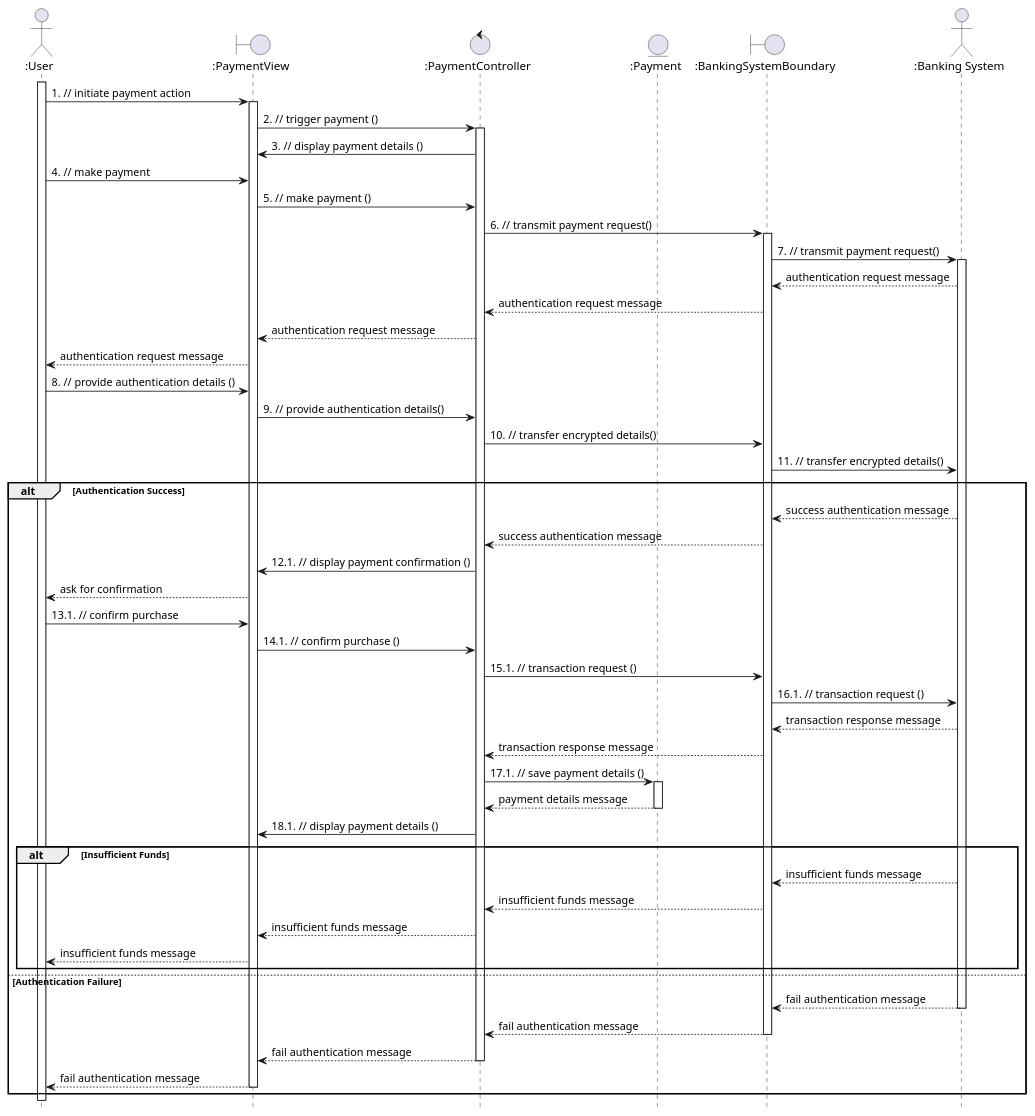
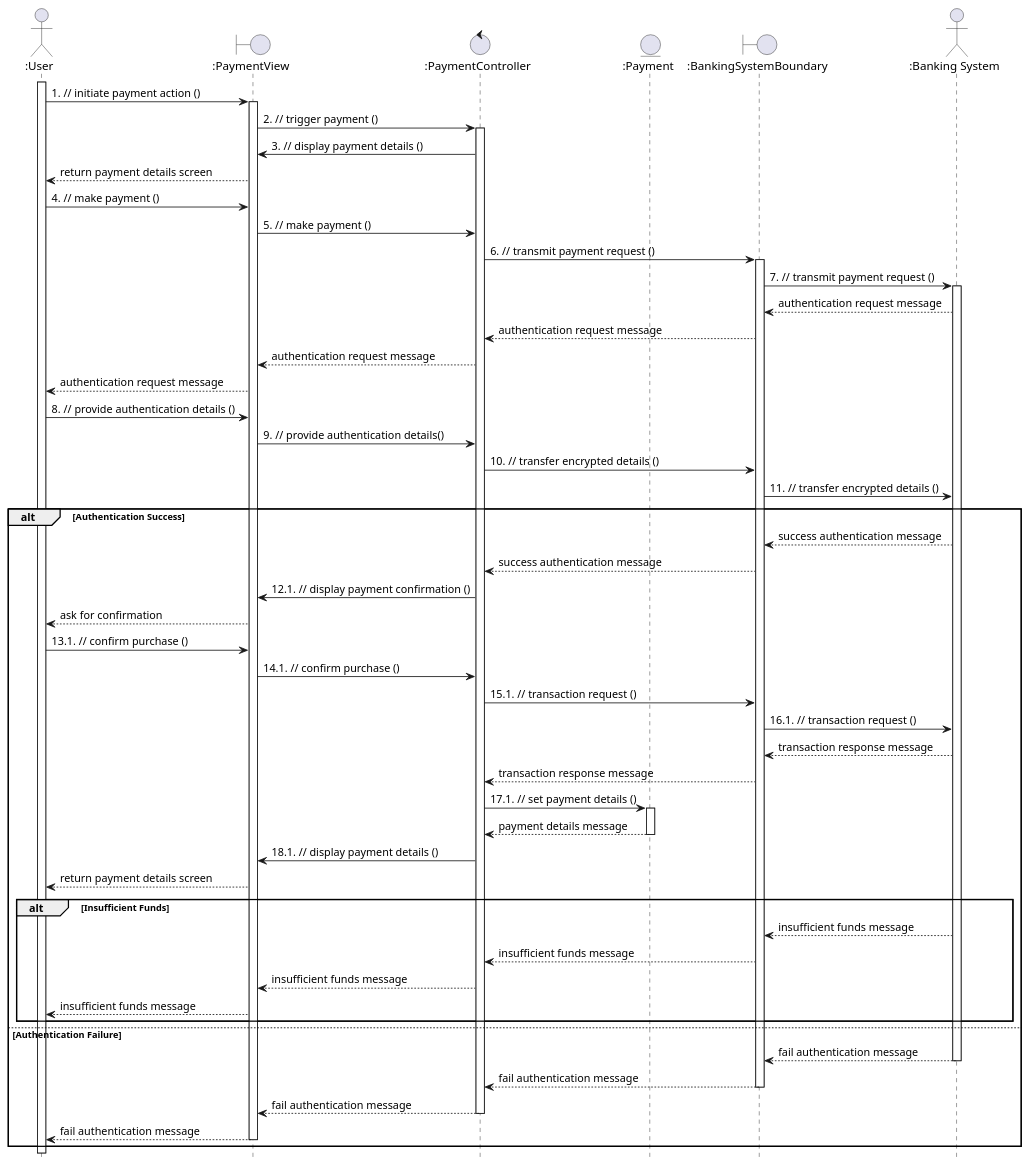
Before and after one commit to anhbanlinhle/velocity-exchange: the diagram in uml/analysis/sequence/make_payment.pu, drawn with PlantUML. The commit also changed 5 other files, not shown here.

Commit message:
doc[lynn]: fix analysis sequences

```diff
--- a/uml/analysis/sequence/make_payment.pu
+++ b/uml/analysis/sequence/make_payment.pu
@@ -1,90 +1,92 @@
 @startuml
 hide footbox
 
 actor ":User" as User
 boundary ":PaymentView" as PaymentView
 control ":PaymentController" as PaymentController
 entity ":Payment" as Payment
 boundary  ":BankingSystemBoundary" as BankingSystemBoundary
 actor ":Banking System" as BankingSystem
 
 User ++
-  User -> PaymentView: 1. // initiate payment action
+  User -> PaymentView: 1. // initiate payment action ()
   PaymentView ++
     PaymentView -> PaymentController: 2. // trigger payment ()
     PaymentController ++
       PaymentController -> PaymentView: 3. // display payment details ()
+      PaymentView --> User: return payment details screen
 
   
-  User -> PaymentView: 4. // make payment
+  User -> PaymentView: 4. // make payment ()
     PaymentView -> PaymentController: 5. // make payment ()
-      PaymentController ->  BankingSystemBoundary: 6. // transmit payment request()
+      PaymentController ->  BankingSystemBoundary: 6. // transmit payment request ()
       BankingSystemBoundary ++
-         BankingSystemBoundary -> BankingSystem: 7. // transmit payment request()
+         BankingSystemBoundary -> BankingSystem: 7. // transmit payment request ()
         BankingSystem ++
           BankingSystem -->  BankingSystemBoundary: authentication request message
 
         BankingSystemBoundary --> PaymentController: authentication request message
       PaymentController --> PaymentView: authentication request message
     PaymentView --> User: authentication request message
   User -> PaymentView: 8. // provide authentication details ()
     PaymentView -> PaymentController: 9. // provide authentication details()
-      PaymentController ->  BankingSystemBoundary: 10. // transfer encrypted details()
-         BankingSystemBoundary -> BankingSystem: 11. // transfer encrypted details()
+      PaymentController ->  BankingSystemBoundary: 10. // transfer encrypted details ()
+         BankingSystemBoundary -> BankingSystem: 11. // transfer encrypted details ()
 
 alt Authentication Success
     BankingSystem -->  BankingSystemBoundary: success authentication message
     
       BankingSystemBoundary --> PaymentController: success authentication message
       
         PaymentController -> PaymentView: 12.1. // display payment confirmation ()
         
           PaymentView --> User: ask for confirmation
 
 
-        User -> PaymentView: 13.1. // confirm purchase
+        User -> PaymentView: 13.1. // confirm purchase ()
         
           PaymentView -> PaymentController: 14.1. // confirm purchase ()
           
             PaymentController ->  BankingSystemBoundary: 15.1. // transaction request ()
             
               BankingSystemBoundary -> BankingSystem: 16.1. // transaction request ()
               
                 BankingSystem -->  BankingSystemBoundary: transaction response message
                 
               BankingSystemBoundary --> PaymentController: transaction response message
               
-            PaymentController -> Payment: 17.1. // save payment details ()
+            PaymentController -> Payment: 17.1. // set payment details ()
             
             Payment ++
               Payment --> PaymentController: payment details message
               
             Payment --
             PaymentController -> PaymentView: 18.1. // display payment details ()
+            PaymentView --> User: return payment details screen
           
 
     alt Insufficient Funds
       BankingSystem -->  BankingSystemBoundary: insufficient funds message
       
         BankingSystemBoundary --> PaymentController: insufficient funds message
         
           PaymentController --> PaymentView: insufficient funds message
           
             PaymentView --> User: insufficient funds message
             
     end
 
 else Authentication Failure
   BankingSystem -->  BankingSystemBoundary: fail authentication message
       BankingSystem --
       BankingSystemBoundary --> PaymentController: fail authentication message
       BankingSystemBoundary --
         PaymentController --> PaymentView: fail authentication message
         PaymentController --
           PaymentView --> User: fail authentication message
           
         deactivate PaymentView
       deactivate PaymentController
 end
 
 @enduml
```
